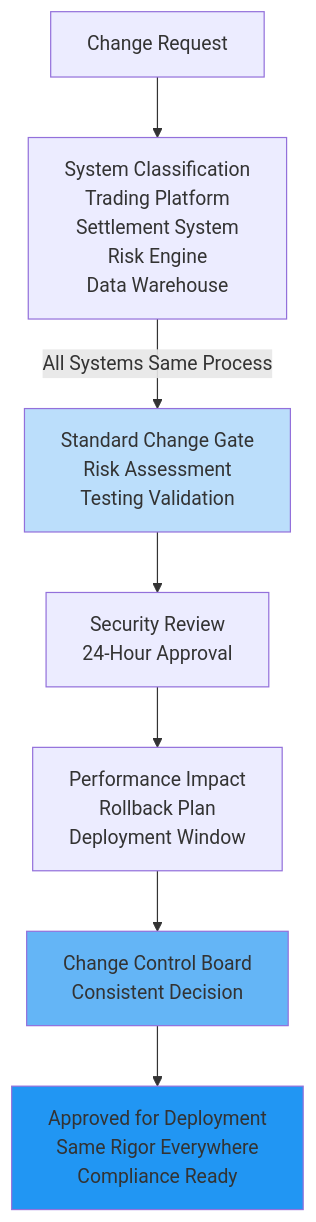
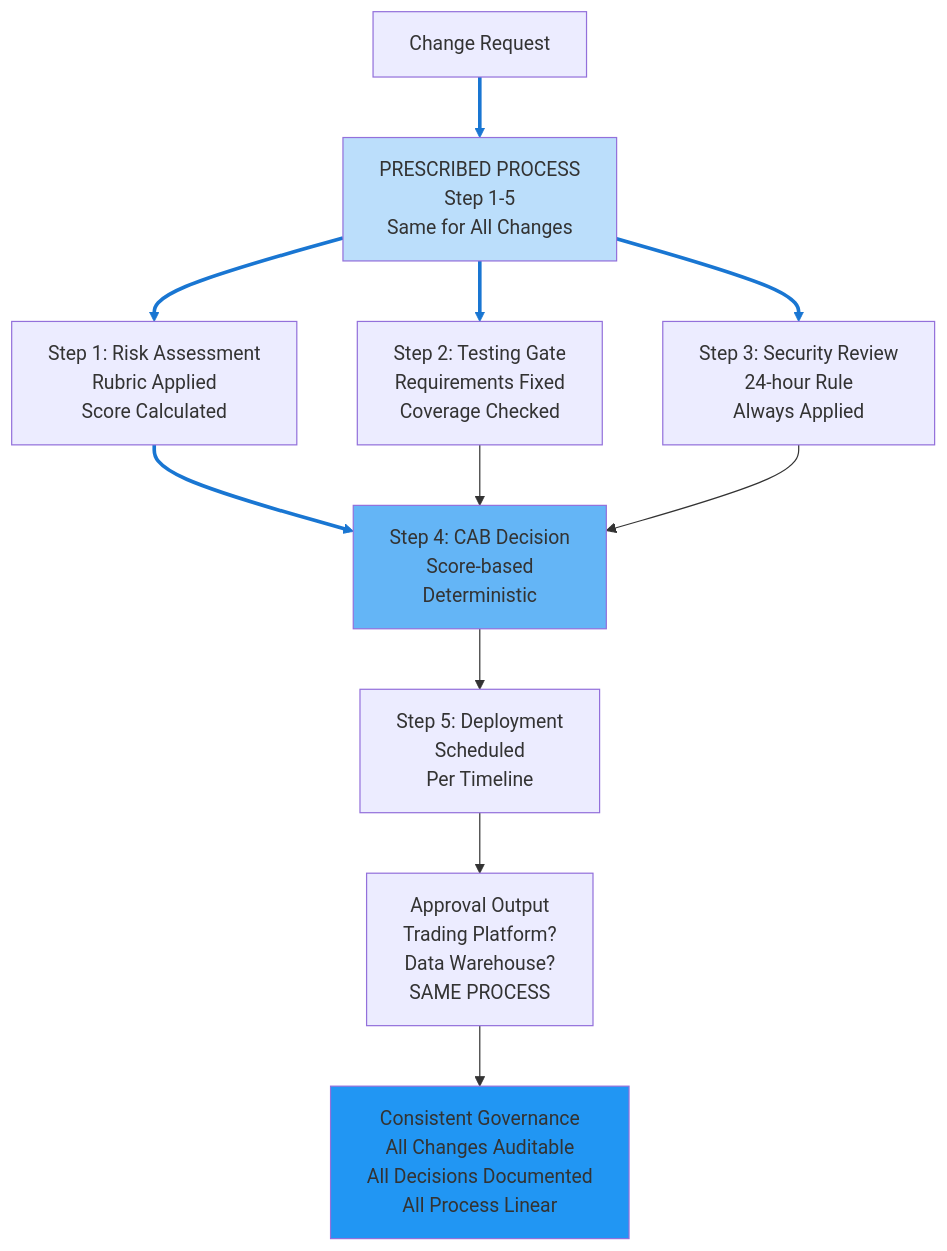
The fifth of 18 diagrams in debate_shortlisted_topics_slide_prep.md (whatevergeek/agentic_vs_deterministic), drawn with Mermaid before and after one commit. The commit also changed other lines of this file, not shown here.

````diff
--- a/debate_shortlisted_topics_slide_prep.md
+++ b/debate_shortlisted_topics_slide_prep.md
@@ -190,13 +201,19 @@
 ```mermaid
 graph TD
-    A["Change Request"] --> B["System Classification<br/>Trading Platform<br/>Settlement System<br/>Risk Engine<br/>Data Warehouse"]
-    B -->|"All Systems Same Process"| C["Standard Change Gate<br/>Risk Assessment<br/>Testing Validation"]
-    C --> D["Security Review<br/>24-Hour Approval"]
-    D --> E["Performance Impact<br/>Rollback Plan<br/>Deployment Window"]
-    E --> F["Change Control Board<br/>Consistent Decision"]
-    F --> G["Approved for Deployment<br/>Same Rigor Everywhere<br/>Compliance Ready"]
+    A["Change Request"] --> B["PRESCRIBED PROCESS<br/>Step 1-5<br/>Same for All Changes"]
+    B --> C["Step 1: Risk Assessment<br/>Rubric Applied<br/>Score Calculated"]
+    B --> D["Step 2: Testing Gate<br/>Requirements Fixed<br/>Coverage Checked"]
+    B --> E["Step 3: Security Review<br/>24-hour Rule<br/>Always Applied"]
+    C --> F["Step 4: CAB Decision<br/>Score-based<br/>Deterministic"]
+    D --> F
+    E --> F
+    F --> G["Step 5: Deployment<br/>Scheduled<br/>Per Timeline"]
+    G --> H["Approval Output<br/>Trading Platform?<br/>Data Warehouse?<br/>SAME PROCESS"]
+    H --> I["Consistent Governance<br/>All Changes Auditable<br/>All Decisions Documented<br/>All Process Linear"]
     
-    style C fill:#bbdefb
+    style B fill:#bbdefb
     style F fill:#64b5f6
-    style G fill:#2196f3
+    style I fill:#2196f3
+    
+    linkStyle 0,1,2,3,4 stroke:#1976d2,stroke-width:3px
 ```
````
